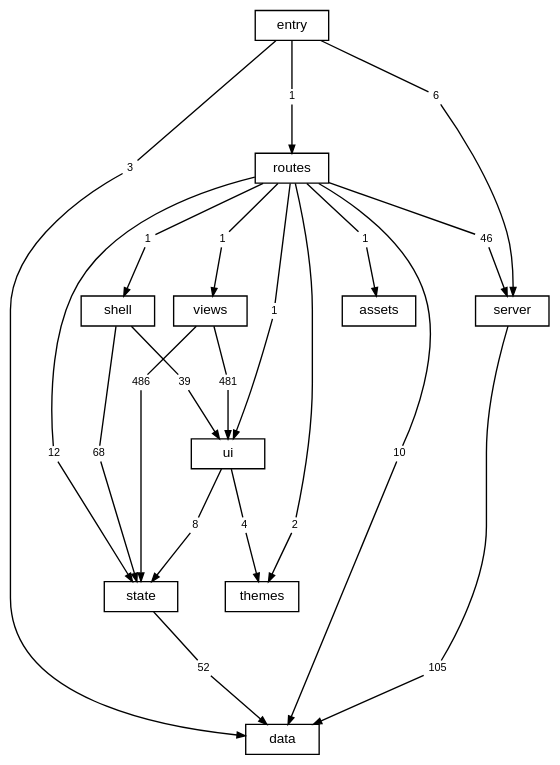
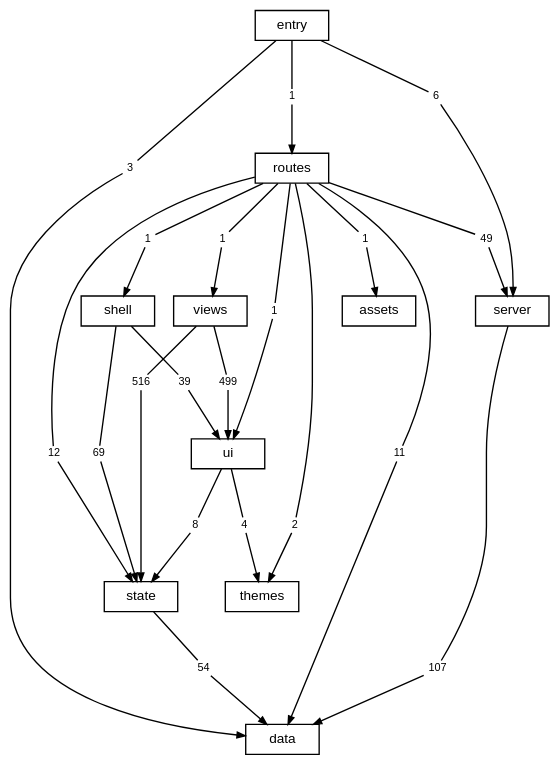
One commit to TheAxeC/oculus changed the diagram in docs/diagrams/layers.dot. Above: the diagram before and after it, drawn with Graphviz. The commit also changed 156 other files, not shown here.

```diff
--- a/docs/diagrams/layers.dot
+++ b/docs/diagrams/layers.dot
@@ -1,72 +1,72 @@
 digraph layers {
     graph [bgcolor="transparent", rankdir=TB, newrank=true, fontname="Helvetica,Arial,sans-serif", fontsize=12, nodesep=0.2, ranksep=0.5];
     node [shape=box, color="black", fontcolor="black", fontname="Helvetica,Arial,sans-serif", fontsize=10, height=0.3, margin="0.12,0.04"];
     edge [color="black", fontcolor="black", fontname="Helvetica,Arial,sans-serif", fontsize=8, arrowsize=0.6];
     "data";
     "server";
     "state";
     "ui";
     "shell";
     "views";
     "themes";
     "routes";
     "src" [label="entry"];
     "files: assets" [label="assets"];
-    "routes to data" [label="10", shape=box, color="transparent", fontsize=8, width=0, height=0, margin="0.04,0.02"];
+    "routes to data" [label="11", shape=box, color="transparent", fontsize=8, width=0, height=0, margin="0.04,0.02"];
     "routes" -> "routes to data" [arrowhead=none];
     "routes to data" -> "data" [];
     "routes to files: assets" [label="1", shape=box, color="transparent", fontsize=8, width=0, height=0, margin="0.04,0.02"];
     "routes" -> "routes to files: assets" [arrowhead=none];
     "routes to files: assets" -> "files: assets" [];
-    "routes to server" [label="46", shape=box, color="transparent", fontsize=8, width=0, height=0, margin="0.04,0.02"];
+    "routes to server" [label="49", shape=box, color="transparent", fontsize=8, width=0, height=0, margin="0.04,0.02"];
     "routes" -> "routes to server" [arrowhead=none];
     "routes to server" -> "server" [];
     "routes to shell" [label="1", shape=box, color="transparent", fontsize=8, width=0, height=0, margin="0.04,0.02"];
     "routes" -> "routes to shell" [arrowhead=none];
     "routes to shell" -> "shell" [];
     "routes to state" [label="12", shape=box, color="transparent", fontsize=8, width=0, height=0, margin="0.04,0.02"];
     "routes" -> "routes to state" [arrowhead=none];
     "routes to state" -> "state" [];
     "routes to themes" [label="2", shape=box, color="transparent", fontsize=8, width=0, height=0, margin="0.04,0.02"];
     "routes" -> "routes to themes" [arrowhead=none];
     "routes to themes" -> "themes" [];
     "routes to ui" [label="1", shape=box, color="transparent", fontsize=8, width=0, height=0, margin="0.04,0.02"];
     "routes" -> "routes to ui" [arrowhead=none];
     "routes to ui" -> "ui" [];
     "routes to views" [label="1", shape=box, color="transparent", fontsize=8, width=0, height=0, margin="0.04,0.02"];
     "routes" -> "routes to views" [arrowhead=none];
     "routes to views" -> "views" [];
-    "server to data" [label="105", shape=box, color="transparent", fontsize=8, width=0, height=0, margin="0.04,0.02"];
+    "server to data" [label="107", shape=box, color="transparent", fontsize=8, width=0, height=0, margin="0.04,0.02"];
     "server" -> "server to data" [arrowhead=none];
     "server to data" -> "data" [];
-    "shell to state" [label="68", shape=box, color="transparent", fontsize=8, width=0, height=0, margin="0.04,0.02"];
+    "shell to state" [label="69", shape=box, color="transparent", fontsize=8, width=0, height=0, margin="0.04,0.02"];
     "shell" -> "shell to state" [arrowhead=none];
     "shell to state" -> "state" [];
     "shell to ui" [label="39", shape=box, color="transparent", fontsize=8, width=0, height=0, margin="0.04,0.02"];
     "shell" -> "shell to ui" [arrowhead=none];
     "shell to ui" -> "ui" [];
     "src to data" [label="3", shape=box, color="transparent", fontsize=8, width=0, height=0, margin="0.04,0.02"];
     "src" -> "src to data" [arrowhead=none];
     "src to data" -> "data" [];
     "src to routes" [label="1", shape=box, color="transparent", fontsize=8, width=0, height=0, margin="0.04,0.02"];
     "src" -> "src to routes" [arrowhead=none];
     "src to routes" -> "routes" [];
     "src to server" [label="6", shape=box, color="transparent", fontsize=8, width=0, height=0, margin="0.04,0.02"];
     "src" -> "src to server" [arrowhead=none];
     "src to server" -> "server" [];
-    "state to data" [label="52", shape=box, color="transparent", fontsize=8, width=0, height=0, margin="0.04,0.02"];
+    "state to data" [label="54", shape=box, color="transparent", fontsize=8, width=0, height=0, margin="0.04,0.02"];
     "state" -> "state to data" [arrowhead=none];
     "state to data" -> "data" [];
     "ui to state" [label="8", shape=box, color="transparent", fontsize=8, width=0, height=0, margin="0.04,0.02"];
     "ui" -> "ui to state" [arrowhead=none];
     "ui to state" -> "state" [];
     "ui to themes" [label="4", shape=box, color="transparent", fontsize=8, width=0, height=0, margin="0.04,0.02"];
     "ui" -> "ui to themes" [arrowhead=none];
     "ui to themes" -> "themes" [];
-    "views to state" [label="486", shape=box, color="transparent", fontsize=8, width=0, height=0, margin="0.04,0.02"];
+    "views to state" [label="516", shape=box, color="transparent", fontsize=8, width=0, height=0, margin="0.04,0.02"];
     "views" -> "views to state" [arrowhead=none];
     "views to state" -> "state" [];
-    "views to ui" [label="481", shape=box, color="transparent", fontsize=8, width=0, height=0, margin="0.04,0.02"];
+    "views to ui" [label="499", shape=box, color="transparent", fontsize=8, width=0, height=0, margin="0.04,0.02"];
     "views" -> "views to ui" [arrowhead=none];
     "views to ui" -> "ui" [];
 }
```
